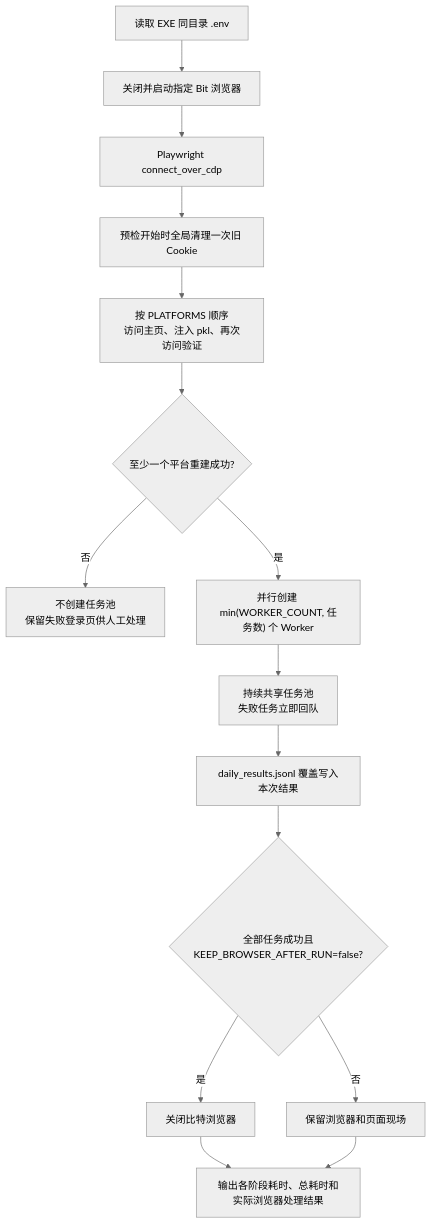
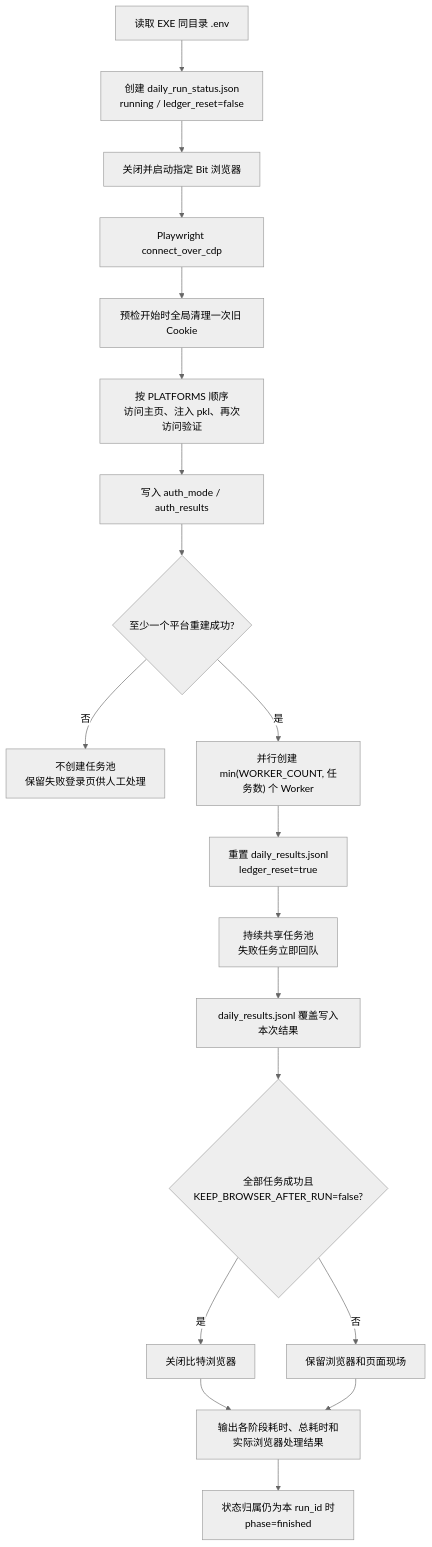
Diagram 15 of 15 in ARCHITECTURE.md (liao084/BitBrowser-Backfill-Engine), drawn with Mermaid (neutral theme) before and after one commit. The commit also changed other lines of this file and 10 other files, not shown here.

Commit message:
feat: add daily run status and enrich Feishu notifications

````diff
--- a/ARCHITECTURE.md
+++ b/ARCHITECTURE.md
@@ -664,17 +666,21 @@
 ```mermaid
 flowchart TD
-    Start["读取 EXE 同目录 .env"] --> Bit["关闭并启动指定 Bit 浏览器"]
+    Start["读取 EXE 同目录 .env"] --> Status["创建 daily_run_status.json<br/>running / ledger_reset=false"]
+    Status --> Bit["关闭并启动指定 Bit 浏览器"]
     Bit --> CDP["Playwright connect_over_cdp"]
     CDP --> Clear["预检开始时全局清理一次旧 Cookie"]
     Clear --> Auth["按 PLATFORMS 顺序\n访问主页、注入 pkl、再次访问验证"]
-    Auth --> Result{"至少一个平台重建成功?"}
+    Auth --> AuthStatus["写入 auth_mode / auth_results"]
+    AuthStatus --> Result{"至少一个平台重建成功?"}
     Result -->|"否"| Keep["不创建任务池\n保留失败登录页供人工处理"]
     Result -->|"是"| Worker["并行创建 min(WORKER_COUNT, 任务数) 个 Worker"]
-    Worker --> Pool["持续共享任务池\n失败任务立即回队"]
+    Worker --> Reset["重置 daily_results.jsonl<br/>ledger_reset=true"]
+    Reset --> Pool["持续共享任务池\n失败任务立即回队"]
     Pool --> Ledger["daily_results.jsonl 覆盖写入本次结果"]
     Ledger --> Finish{"全部任务成功且\nKEEP_BROWSER_AFTER_RUN=false?"}
     Finish -->|"是"| Close["关闭比特浏览器"]
     Finish -->|"否"| KeepFinal["保留浏览器和页面现场"]
     Close --> Summary["输出各阶段耗时、总耗时和实际浏览器处理结果"]
     KeepFinal --> Summary
+    Summary --> Finished["状态归属仍为本 run_id 时<br/>phase=finished"]
 ```
````
